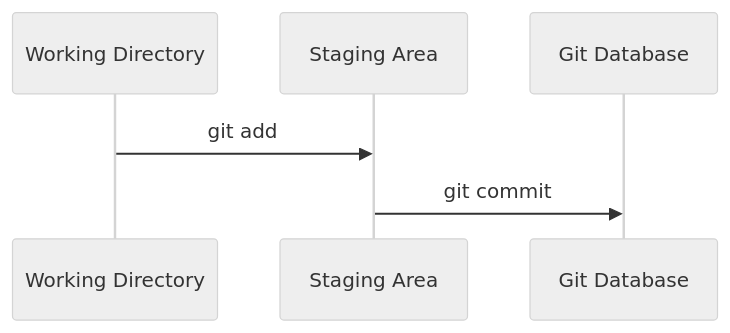
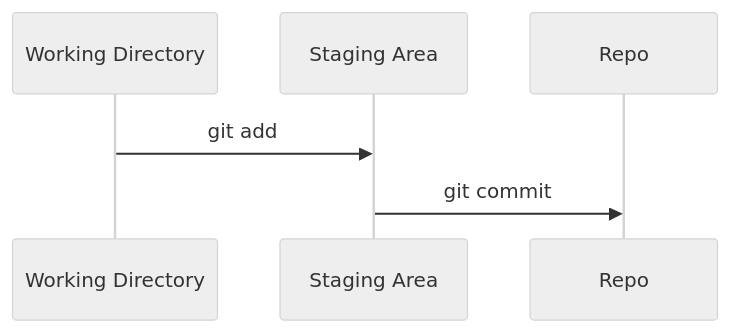
Before and after one commit to bingyangchen/KM-software: the second of 3 diagrams in Tools/Git/L3 - 開始使用 Git.md, drawn with Mermaid (neutral theme). The commit also changed other lines of this file and 23 other files, not shown here.

````diff
--- a/Tools/Git/L3 - 開始使用 Git.md
+++ b/Tools/Git/L3 - 開始使用 Git.md
@@ -71,5 +75,5 @@
 ```mermaid
 sequenceDiagram
     Working Directory->>Staging Area: git add
-    Staging Area->>Git Database: git commit
+    Staging Area->>Repo: git commit
 ```
````
